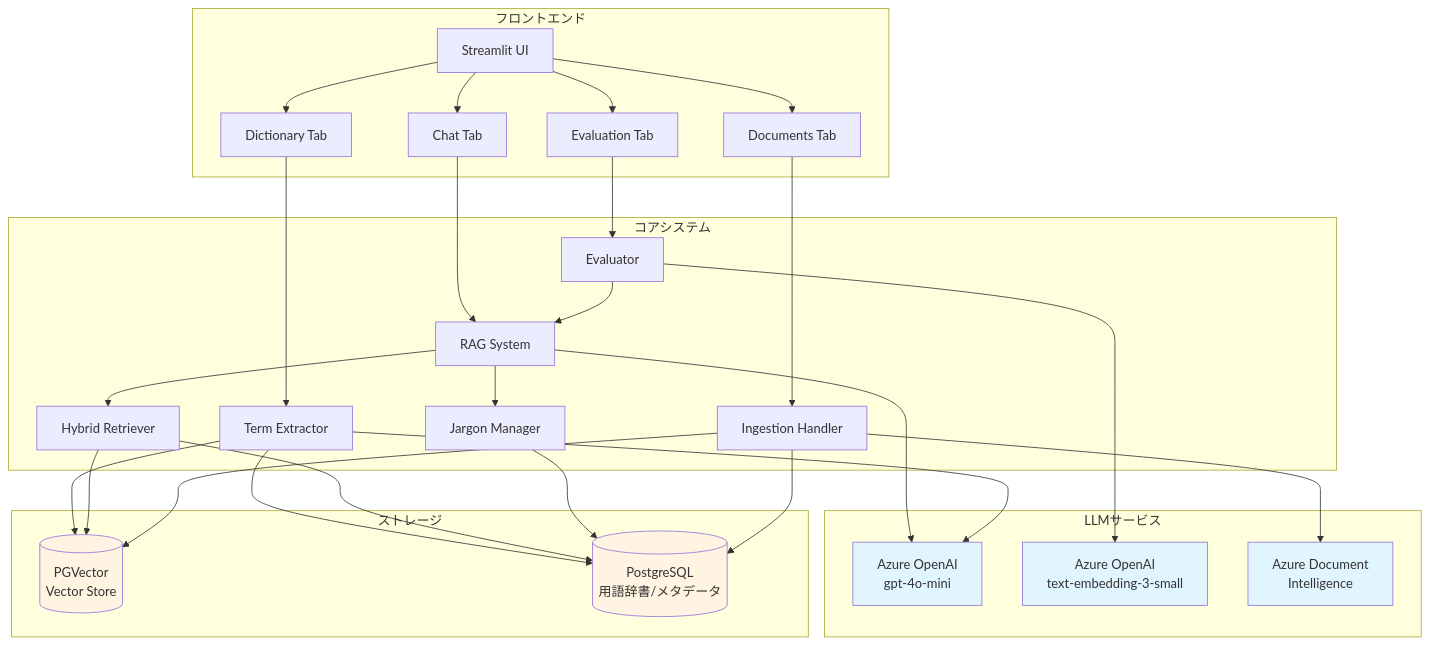
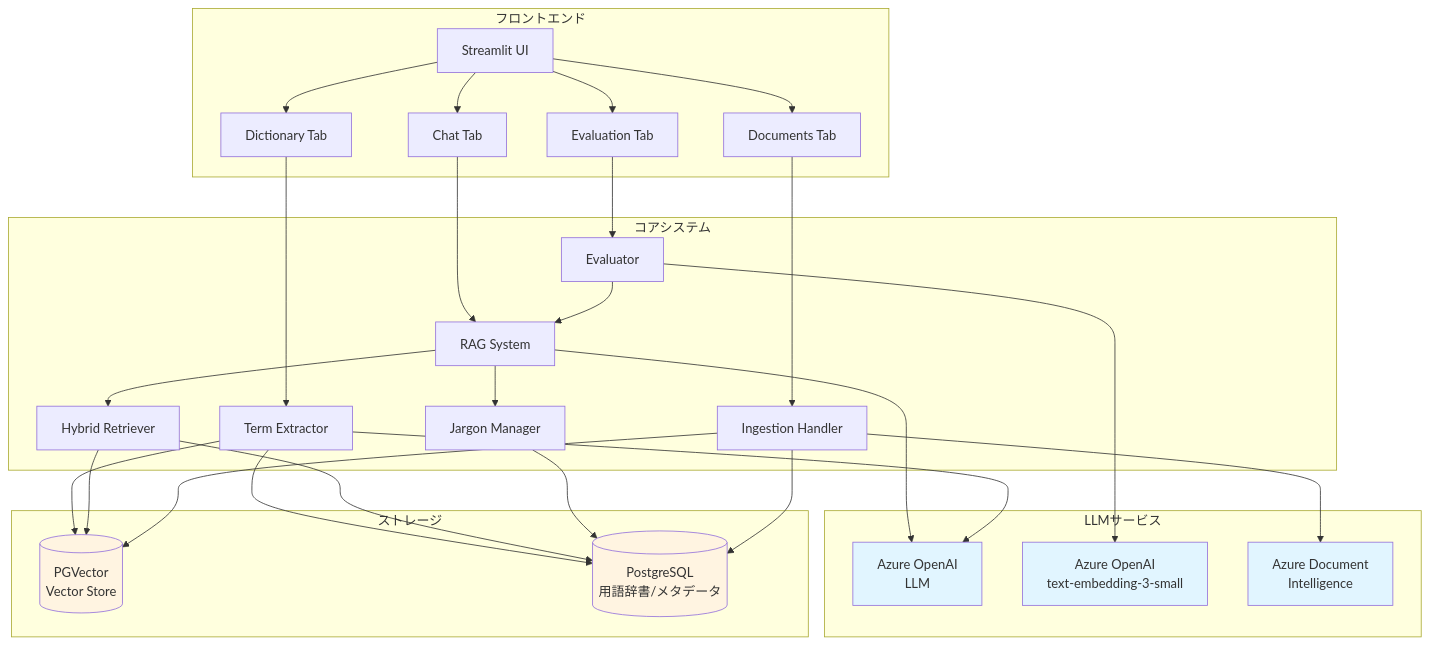
The third of 3 diagrams in README.md (uchi736/advancedrag_llm), drawn with Mermaid before and after one commit. The commit also changed other lines of this file and 1 other file, not shown here.

````diff
--- a/README.md
+++ b/README.md
@@ -149,61 +139,61 @@
 ```mermaid
 graph TB
     subgraph "フロントエンド"
         UI[Streamlit UI]
         CT[Chat Tab]
         DT[Dictionary Tab]
         DOT[Documents Tab]
         ET[Evaluation Tab]
     end
 
     subgraph "コアシステム"
         RAG[RAG System]
         TE[Term Extractor]
         RET[Hybrid Retriever]
         JM[Jargon Manager]
         ING[Ingestion Handler]
         EVAL[Evaluator]
     end
 
     subgraph "LLMサービス"
-        LLM[Azure OpenAI<br/>gpt-4o-mini]
+        LLM[Azure OpenAI<br/>LLM]
         EMB[Azure OpenAI<br/>text-embedding-3-small]
         DI[Azure Document<br/>Intelligence]
     end
 
     subgraph "ストレージ"
         VS[(PGVector<br/>Vector Store)]
         DB[(PostgreSQL<br/>用語辞書/メタデータ)]
     end
 
     UI --> CT
     UI --> DT
     UI --> DOT
     UI --> ET
 
     CT --> RAG
     DT --> TE
     DOT --> ING
     ET --> EVAL
 
     RAG --> RET
     RAG --> JM
     RAG --> LLM
     TE --> LLM
     TE --> VS
     TE --> DB
     RET --> VS
     RET --> DB
     JM --> DB
     ING --> DI
     ING --> VS
     ING --> DB
     EVAL --> RAG
     EVAL --> EMB
 
     style LLM fill:#e1f5ff
     style EMB fill:#e1f5ff
     style DI fill:#e1f5ff
     style VS fill:#fff4e1
     style DB fill:#fff4e1
 ```
````
